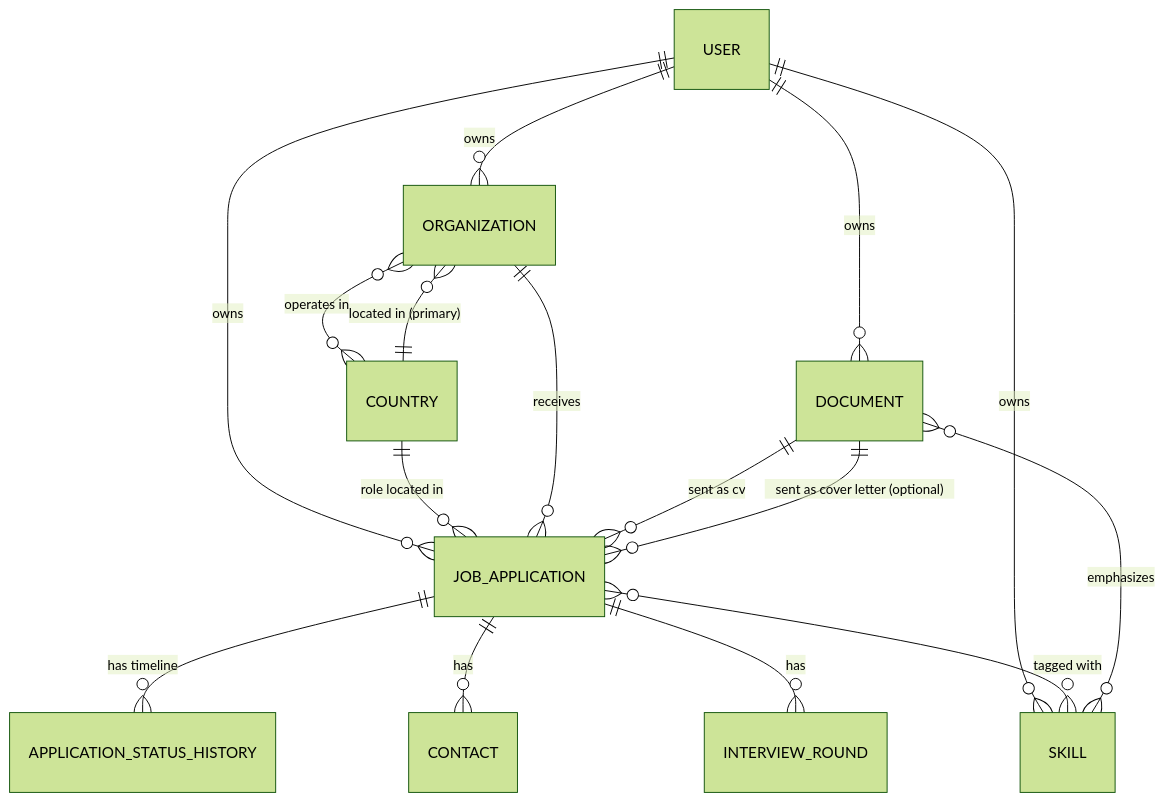
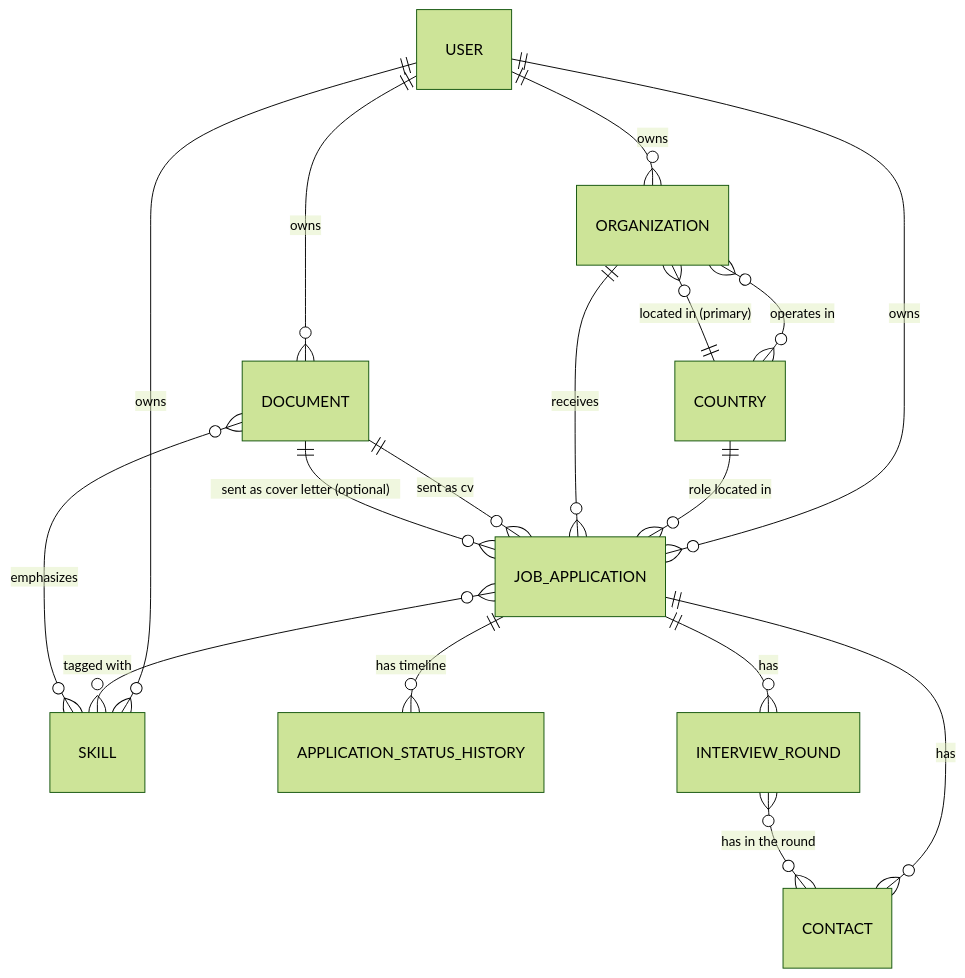
One commit to mihai2000q/CvTracker changed the diagram in docs/01-domain-model.md. Above: the diagram before and after it, drawn with Mermaid (forest theme). The commit also changed other lines of this file and 2 other files, not shown here.

Commit message:
Documentation - sync with the new changes on contacts and round type

````diff
--- a/docs/01-domain-model.md
+++ b/docs/01-domain-model.md
@@ -183,18 +192,19 @@
 ```mermaid
 erDiagram
     USER ||--o{ ORGANIZATION : "owns"
     USER ||--o{ DOCUMENT : "owns"
     USER ||--o{ SKILL : "owns"
     USER ||--o{ JOB_APPLICATION : "owns"
     COUNTRY ||--o{ ORGANIZATION : "located in (primary)"
     COUNTRY ||--o{ JOB_APPLICATION : "role located in"
     ORGANIZATION }o--o{ COUNTRY : "operates in"
     ORGANIZATION ||--o{ JOB_APPLICATION : "receives"
     DOCUMENT ||--o{ JOB_APPLICATION : "sent as cv"
     DOCUMENT ||--o{ JOB_APPLICATION : "sent as cover letter (optional)"
     JOB_APPLICATION ||--o{ APPLICATION_STATUS_HISTORY : "has timeline"
     JOB_APPLICATION ||--o{ CONTACT : "has"
     JOB_APPLICATION ||--o{ INTERVIEW_ROUND : "has"
+    INTERVIEW_ROUND }o--o{ CONTACT : "has in the round"
     JOB_APPLICATION }o--o{ SKILL : "tagged with"
     DOCUMENT }o--o{ SKILL : "emphasizes"
 ```
````
